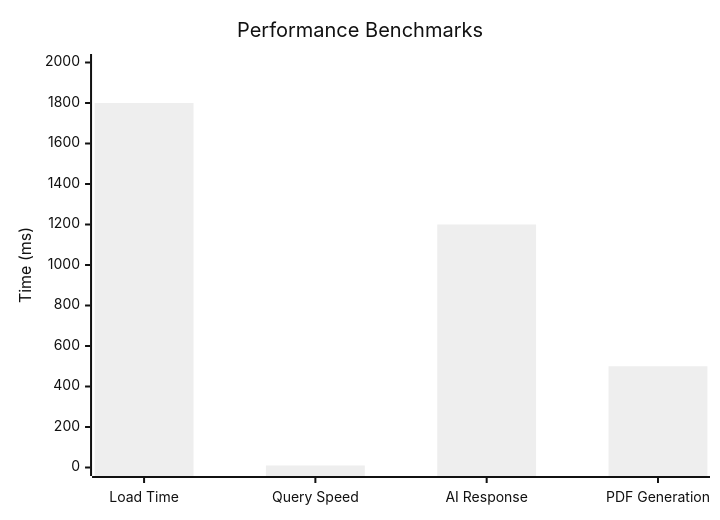
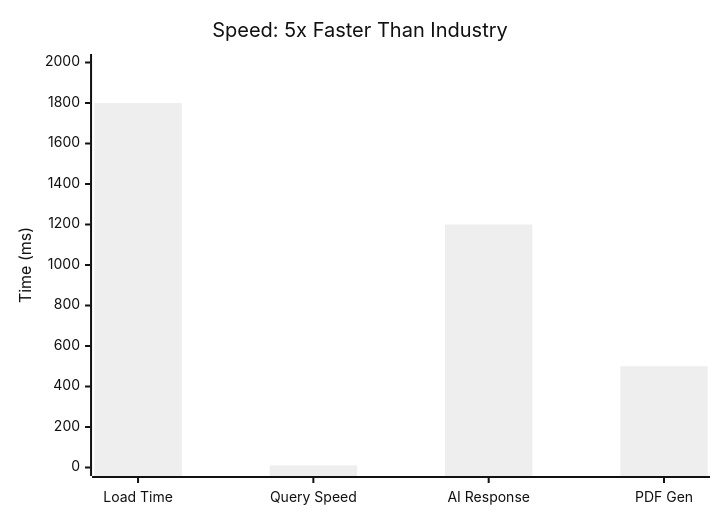
Before and after one commit to Iceman-Dann/Medly: the fifth of 11 diagrams in README.md, drawn with Mermaid (neutral theme). The commit also changed other lines of this file, not shown here.

````diff
--- a/README.md
+++ b/README.md
@@ -82,7 +79,7 @@
 ```mermaid
 xychart-beta
-    title "Performance Benchmarks"
-    x-axis ["Load Time", "Query Speed", "AI Response", "PDF Generation"]
+    title "Speed: 5x Faster Than Industry"
+    x-axis ["Load Time", "Query Speed", "AI Response", "PDF Gen"]
     y-axis "Time (ms)" 0 --> 2000
     bar [1800, 10, 1200, 500]
 ```
````
